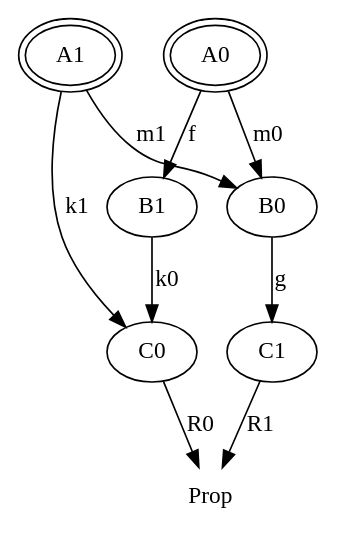
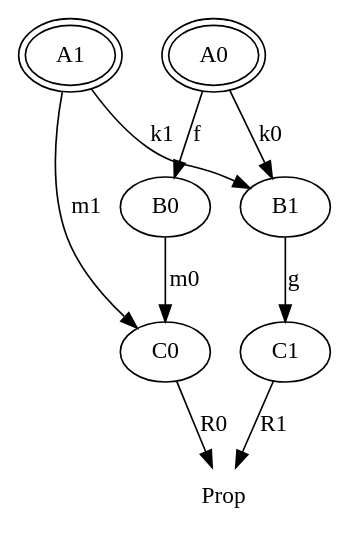
One commit to Tuplanolla/dez changed the diagram in unification/comm_l.dot. Above: the diagram before and after it, drawn with Graphviz. The commit also changed 27 other files, not shown here.

```diff
--- a/unification/comm_l.dot
+++ b/unification/comm_l.dot
@@ -1,24 +1,24 @@
 digraph comm_l {
   node [peripheries = 2]
 
-  T2 [label = "A0"]
+  T4 [label = "A0"]
   T5 [label = "A1"]
 
   node [peripheries = 1]
 
   T0 [label = "C0"]
+  T2 [label = "B1"]
   T1 [label = "C1"]
   T3 [label = "B0"]
-  T4 [label = "B1"]
 
   node [peripheries = 0]
 
   T0 -> Prop [label = "R0"]
   T1 -> Prop [label = "R1"]
-  T2 -> T3 [label = "m0"]
-  T2 -> T4 [label = "f"]
-  T3 -> T1 [label = "g"]
-  T4 -> T0 [label = "k0"]
-  T5 -> T0 [label = "k1"]
-  T5 -> T3 [label = "m1"]
+  T2 -> T1 [label = "g"]
+  T3 -> T0 [label = "m0"]
+  T4 -> T2 [label = "k0"]
+  T4 -> T3 [label = "f"]
+  T5 -> T0 [label = "m1"]
+  T5 -> T2 [label = "k1"]
 }
```
